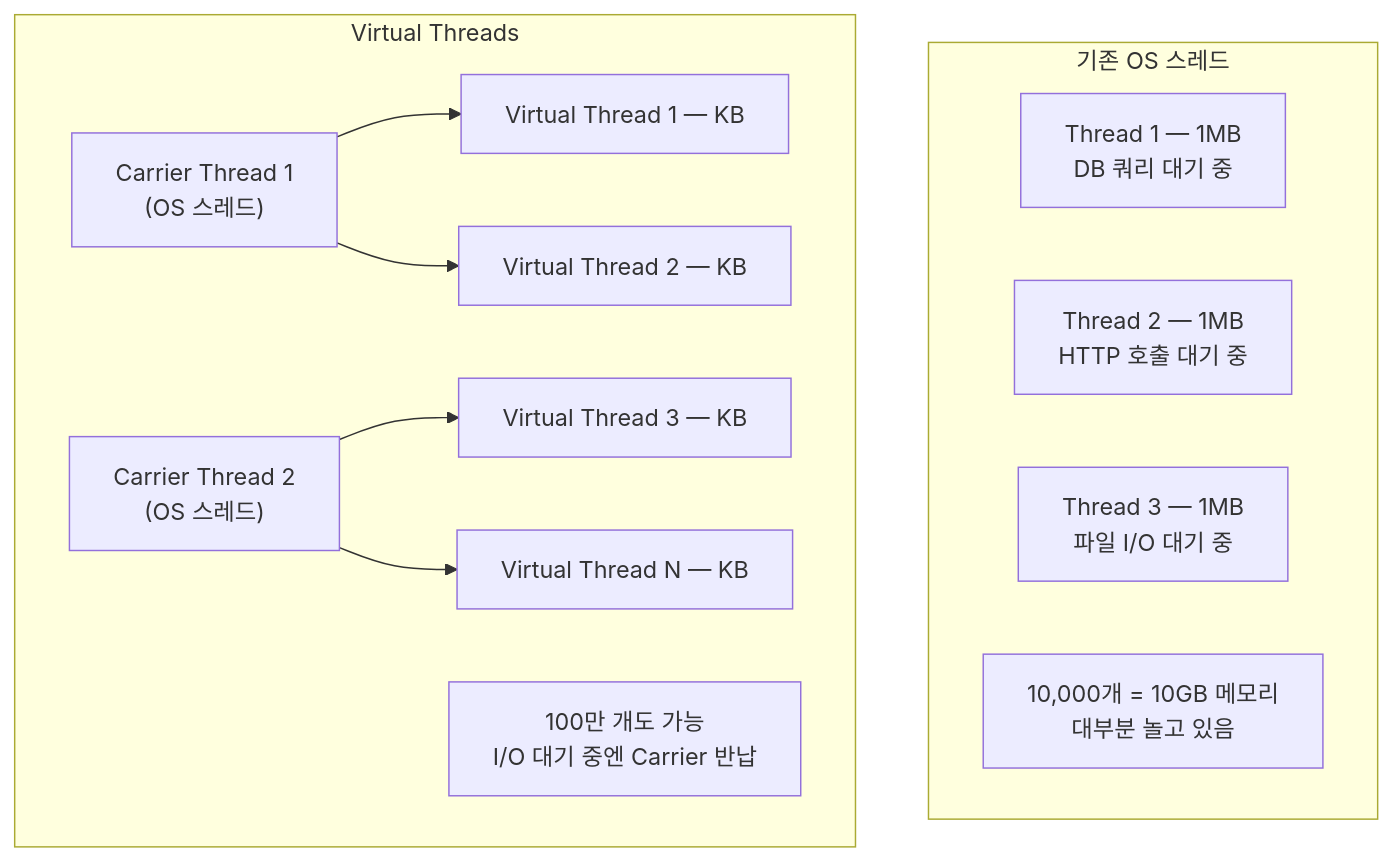
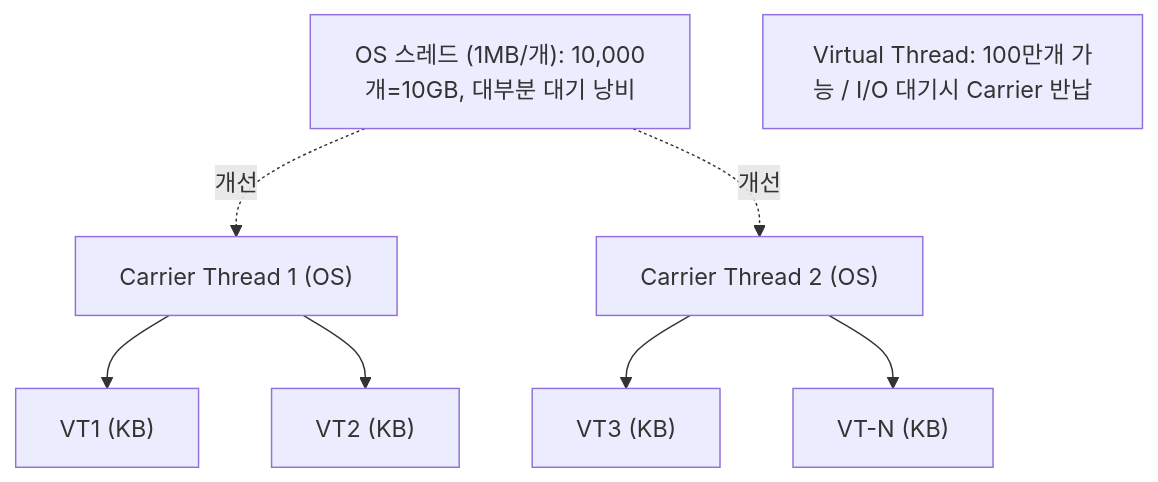
Before and after one commit to yjkim2015/yjkim2015.github.io: the second of 3 diagrams in _posts/java/2026-05-02-java-versions.md, drawn with Mermaid. The commit also changed other lines of this file and 215 other files, not shown here.

First line of the commit message:
신규 포스트 10개 추가 + Mermaid 전면 축소 + SystemDesign 시리즈 보강

````diff
--- a/_posts/java/2026-05-02-java-versions.md
+++ b/_posts/java/2026-05-02-java-versions.md
@@ -692,23 +691,8 @@
 ```mermaid
 graph TD
-    subgraph "기존 OS 스레드"
-        A["Thread 1 — 1MB\nDB 쿼리 대기 중"]
-        B["Thread 2 — 1MB\nHTTP 호출 대기 중"]
-        C["Thread 3 — 1MB\n파일 I/O 대기 중"]
-        Note1["10,000개 = 10GB 메모리\n대부분 놀고 있음"]
-    end
-
-    subgraph "Virtual Threads"
-        E["Carrier Thread 1\n(OS 스레드)"]
-        F["Carrier Thread 2\n(OS 스레드)"]
-        G["Virtual Thread 1 — KB"]
-        H["Virtual Thread 2 — KB"]
-        I["Virtual Thread 3 — KB"]
-        J["Virtual Thread N — KB"]
-        E --> G
-        E --> H
-        F --> I
-        F --> J
-        Note2["100만 개도 가능\nI/O 대기 중엔 Carrier 반납"]
-    end
+    OS["OS 스레드 (1MB/개): 10,000개=10GB, 대부분 대기 낭비"]
+    CT1["Carrier Thread 1 (OS)"] --> VT1["VT1 (KB)"] & VT2["VT2 (KB)"]
+    CT2["Carrier Thread 2 (OS)"] --> VT3["VT3 (KB)"] & VTN["VT-N (KB)"]
+    NOTE["Virtual Thread: 100만개 가능 / I/O 대기시 Carrier 반납"]
+    OS -.개선.-> CT1 & CT2
 ```
````
